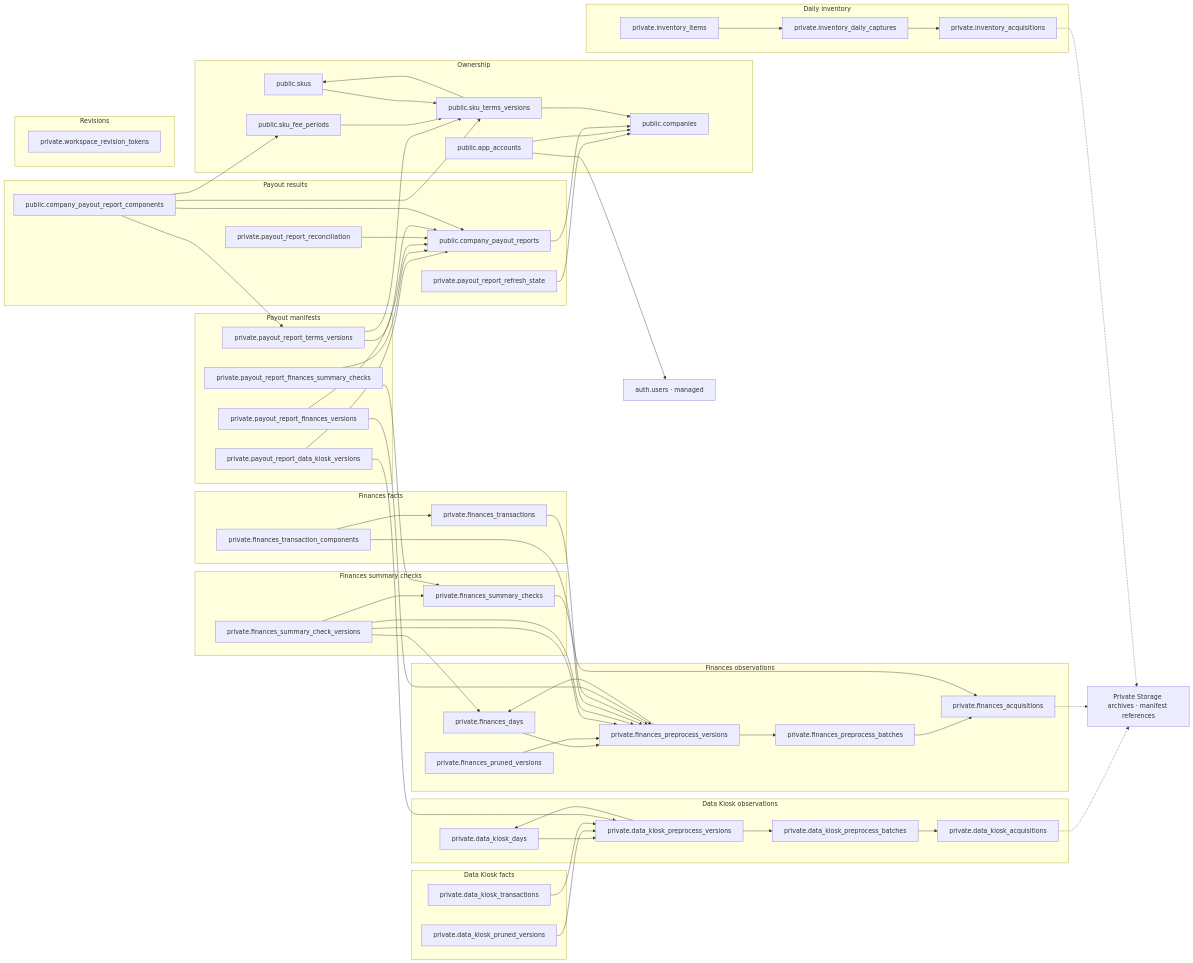
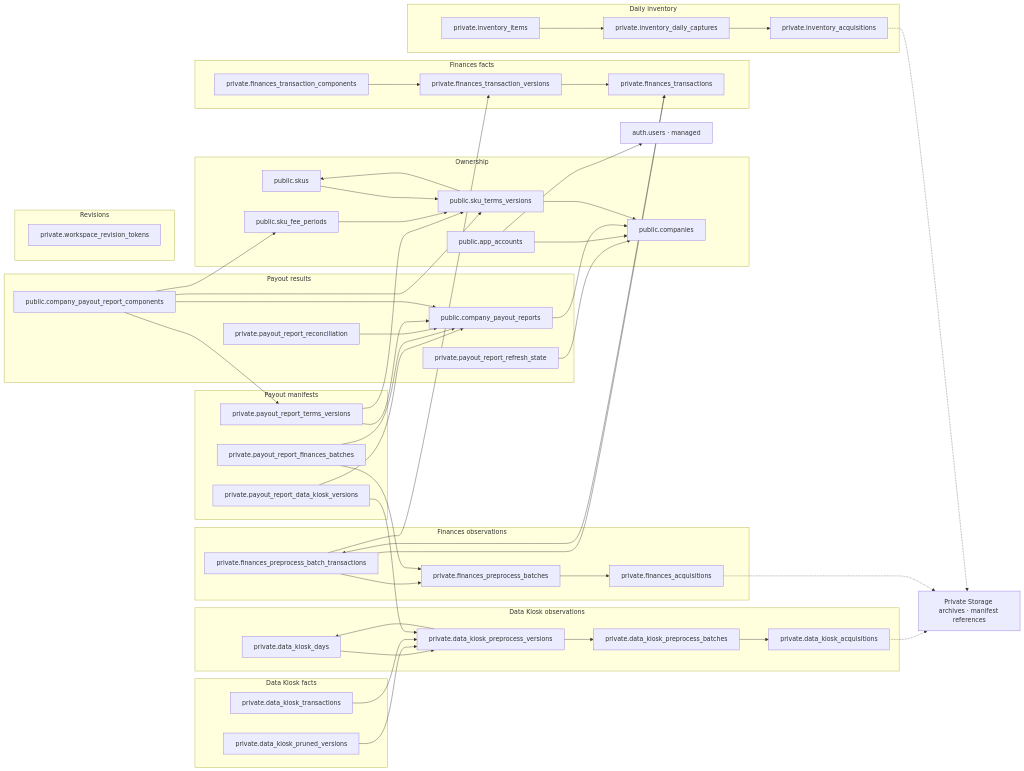
Before and after one commit to qwercxzsda/A-SelBox: the diagram in docs/figures/database/01-overview.mmd, drawn with Mermaid. The commit also changed 192 other files, not shown here.

```diff
--- a/docs/figures/database/01-overview.mmd
+++ b/docs/figures/database/01-overview.mmd
@@ -1,100 +1,86 @@
 flowchart LR
     auth_users["auth.users · managed"]
     ARCHIVES["Private Storage archives · manifest references"]
     subgraph GROUP_0["Ownership"]
         public_companies["public.companies"]
         public_app_accounts["public.app_accounts"]
         public_skus["public.skus"]
         public_sku_terms_versions["public.sku_terms_versions"]
         public_sku_fee_periods["public.sku_fee_periods"]
     end
     subgraph GROUP_1["Finances observations"]
         private_finances_acquisitions["private.finances_acquisitions"]
-        private_finances_days["private.finances_days"]
         private_finances_preprocess_batches["private.finances_preprocess_batches"]
-        private_finances_preprocess_versions["private.finances_preprocess_versions"]
-        private_finances_pruned_versions["private.finances_pruned_versions"]
+        private_finances_preprocess_batch_transactions["private.finances_preprocess_batch_transactions"]
     end
     subgraph GROUP_2["Finances facts"]
         private_finances_transactions["private.finances_transactions"]
+        private_finances_transaction_versions["private.finances_transaction_versions"]
         private_finances_transaction_components["private.finances_transaction_components"]
     end
-    subgraph GROUP_3["Finances summary checks"]
-        private_finances_summary_checks["private.finances_summary_checks"]
-        private_finances_summary_check_versions["private.finances_summary_check_versions"]
-    end
-    subgraph GROUP_4["Data Kiosk observations"]
+    subgraph GROUP_3["Data Kiosk observations"]
         private_data_kiosk_acquisitions["private.data_kiosk_acquisitions"]
         private_data_kiosk_days["private.data_kiosk_days"]
         private_data_kiosk_preprocess_batches["private.data_kiosk_preprocess_batches"]
         private_data_kiosk_preprocess_versions["private.data_kiosk_preprocess_versions"]
     end
-    subgraph GROUP_5["Data Kiosk facts"]
+    subgraph GROUP_4["Data Kiosk facts"]
         private_data_kiosk_transactions["private.data_kiosk_transactions"]
         private_data_kiosk_pruned_versions["private.data_kiosk_pruned_versions"]
     end
-    subgraph GROUP_6["Payout results"]
+    subgraph GROUP_5["Payout results"]
         public_company_payout_reports["public.company_payout_reports"]
         public_company_payout_report_components["public.company_payout_report_components"]
         private_payout_report_reconciliation["private.payout_report_reconciliation"]
         private_payout_report_refresh_state["private.payout_report_refresh_state"]
     end
-    subgraph GROUP_7["Payout manifests"]
-        private_payout_report_finances_versions["private.payout_report_finances_versions"]
-        private_payout_report_finances_summary_checks["private.payout_report_finances_summary_checks"]
+    subgraph GROUP_6["Payout manifests"]
+        private_payout_report_finances_batches["private.payout_report_finances_batches"]
         private_payout_report_data_kiosk_versions["private.payout_report_data_kiosk_versions"]
         private_payout_report_terms_versions["private.payout_report_terms_versions"]
     end
-    subgraph GROUP_8["Revisions"]
+    subgraph GROUP_7["Revisions"]
         private_workspace_revision_tokens["private.workspace_revision_tokens"]
     end
-    subgraph GROUP_9["Daily inventory"]
+    subgraph GROUP_8["Daily inventory"]
         private_inventory_acquisitions["private.inventory_acquisitions"]
         private_inventory_daily_captures["private.inventory_daily_captures"]
         private_inventory_items["private.inventory_items"]
     end
     private_data_kiosk_acquisitions -.-> ARCHIVES
     private_data_kiosk_days --> private_data_kiosk_preprocess_versions
     private_data_kiosk_preprocess_batches --> private_data_kiosk_acquisitions
     private_data_kiosk_preprocess_versions --> private_data_kiosk_preprocess_batches
     private_data_kiosk_preprocess_versions --> private_data_kiosk_days
     private_data_kiosk_pruned_versions --> private_data_kiosk_preprocess_versions
     private_data_kiosk_transactions --> private_data_kiosk_preprocess_versions
     private_finances_acquisitions -.-> ARCHIVES
-    private_finances_days --> private_finances_preprocess_versions
+    private_finances_preprocess_batch_transactions --> private_finances_transaction_versions
+    private_finances_preprocess_batch_transactions --> private_finances_preprocess_batches
+    private_finances_preprocess_batch_transactions --> private_finances_transactions
     private_finances_preprocess_batches --> private_finances_acquisitions
-    private_finances_preprocess_versions --> private_finances_preprocess_batches
-    private_finances_preprocess_versions --> private_finances_days
-    private_finances_pruned_versions --> private_finances_preprocess_versions
-    private_finances_summary_check_versions --> private_finances_summary_checks
-    private_finances_summary_check_versions --> private_finances_days
-    private_finances_summary_check_versions --> private_finances_preprocess_versions
-    private_finances_summary_check_versions --> private_finances_preprocess_versions
-    private_finances_summary_checks --> private_finances_acquisitions
-    private_finances_transaction_components --> private_finances_preprocess_versions
-    private_finances_transaction_components --> private_finances_transactions
-    private_finances_transactions --> private_finances_preprocess_versions
+    private_finances_transaction_components --> private_finances_transaction_versions
+    private_finances_transaction_versions --> private_finances_transactions
+    private_finances_transactions --> private_finances_preprocess_batch_transactions
     private_inventory_acquisitions -.-> ARCHIVES
     private_inventory_daily_captures --> private_inventory_acquisitions
     private_inventory_items --> private_inventory_daily_captures
     private_payout_report_data_kiosk_versions --> private_data_kiosk_preprocess_versions
     private_payout_report_data_kiosk_versions --> public_company_payout_reports
-    private_payout_report_finances_summary_checks --> private_finances_summary_checks
-    private_payout_report_finances_summary_checks --> public_company_payout_reports
-    private_payout_report_finances_versions --> private_finances_preprocess_versions
-    private_payout_report_finances_versions --> public_company_payout_reports
+    private_payout_report_finances_batches --> private_finances_preprocess_batches
+    private_payout_report_finances_batches --> public_company_payout_reports
     private_payout_report_reconciliation --> public_company_payout_reports
     private_payout_report_refresh_state --> public_companies
     private_payout_report_terms_versions --> public_company_payout_reports
     private_payout_report_terms_versions --> public_sku_terms_versions
     public_app_accounts --> public_companies
     public_app_accounts --> auth_users
     public_company_payout_report_components --> public_sku_fee_periods
     public_company_payout_report_components --> private_payout_report_terms_versions
     public_company_payout_report_components --> public_company_payout_reports
     public_company_payout_report_components --> public_sku_terms_versions
     public_company_payout_reports --> public_companies
     public_sku_fee_periods --> public_sku_terms_versions
     public_sku_terms_versions --> public_companies
     public_sku_terms_versions --> public_skus
     public_skus --> public_sku_terms_versions
```
